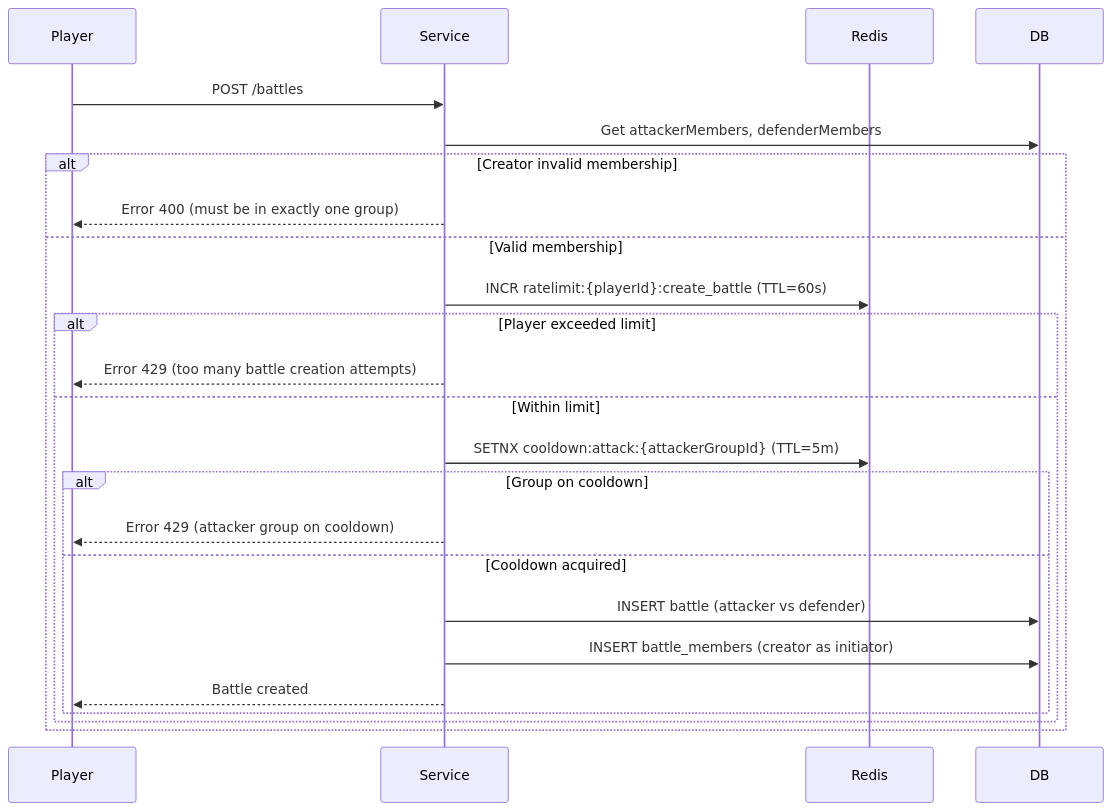
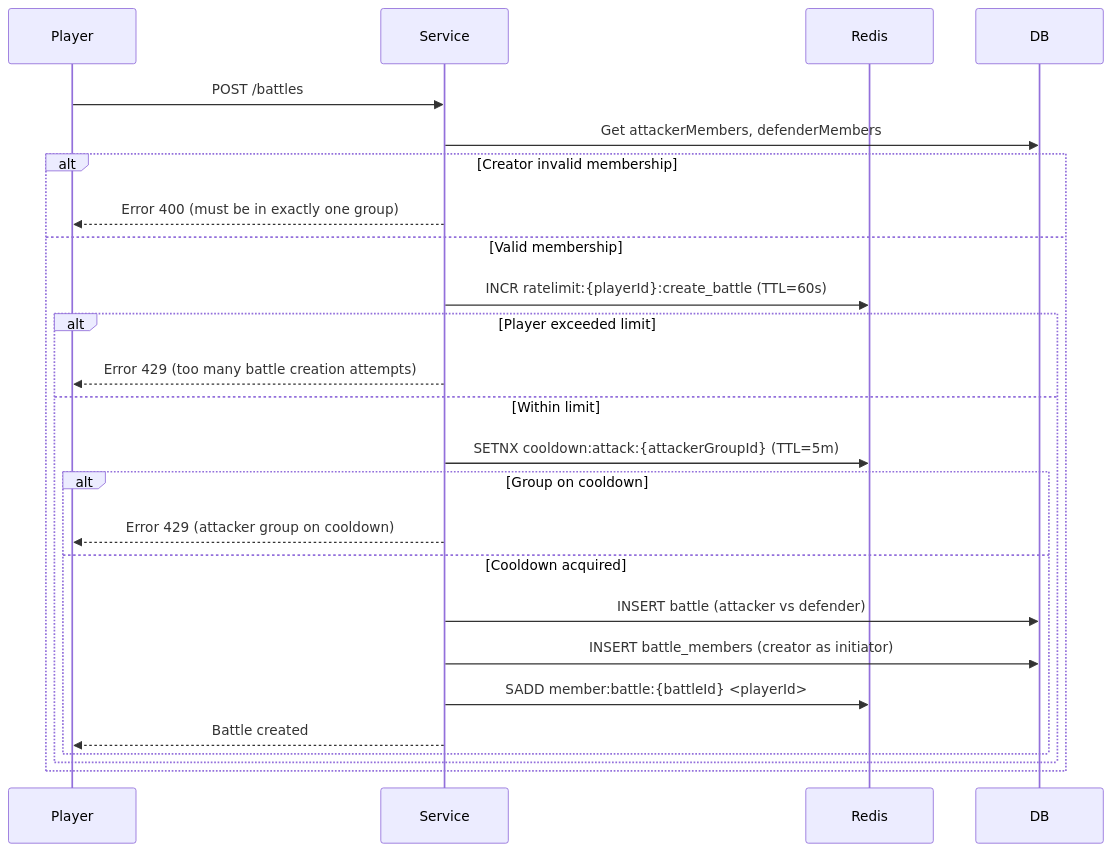
One commit to akulnurislam/social-game changed the second of 5 diagrams in README.md. Above: the diagram before and after it, drawn with Mermaid. The commit also changed other lines of this file, not shown here.

````diff
--- a/README.md
+++ b/README.md
@@ -236,28 +236,29 @@
    ```mermaid
    sequenceDiagram
        participant Player
        participant Service
        participant Redis
        participant DB
 
        Player->>Service: POST /battles
 
        Service->>DB: Get attackerMembers, defenderMembers
        alt Creator invalid membership
            Service-->>Player: Error 400 (must be in exactly one group)
        else Valid membership
            Service->>Redis: INCR ratelimit:{playerId}:create_battle (TTL=60s)
            alt Player exceeded limit
                Service-->>Player: Error 429 (too many battle creation attempts)
            else Within limit
                Service->>Redis: SETNX cooldown:attack:{attackerGroupId} (TTL=5m)
                alt Group on cooldown
                    Service-->>Player: Error 429 (attacker group on cooldown)
                else Cooldown acquired
                    Service->>DB: INSERT battle (attacker vs defender)
                    Service->>DB: INSERT battle_members (creator as initiator)
+                   Service->>Redis: SADD member:battle:{battleId} <playerId>
                    Service-->>Player: Battle created
                end
            end
        end
    ```
````
